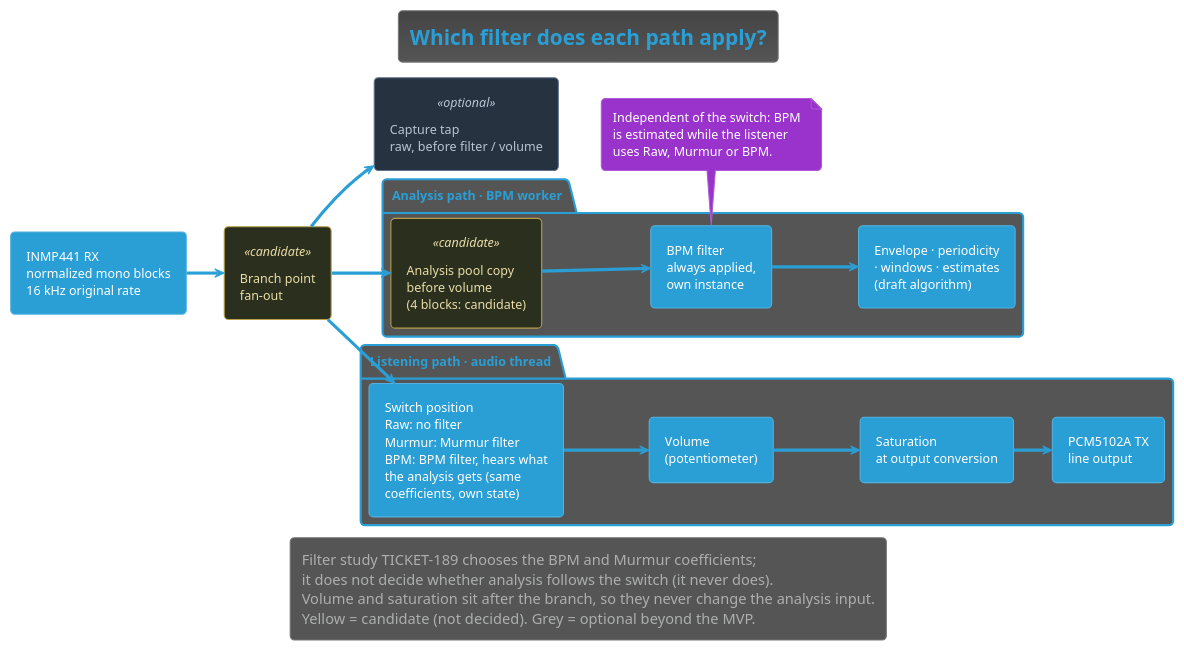
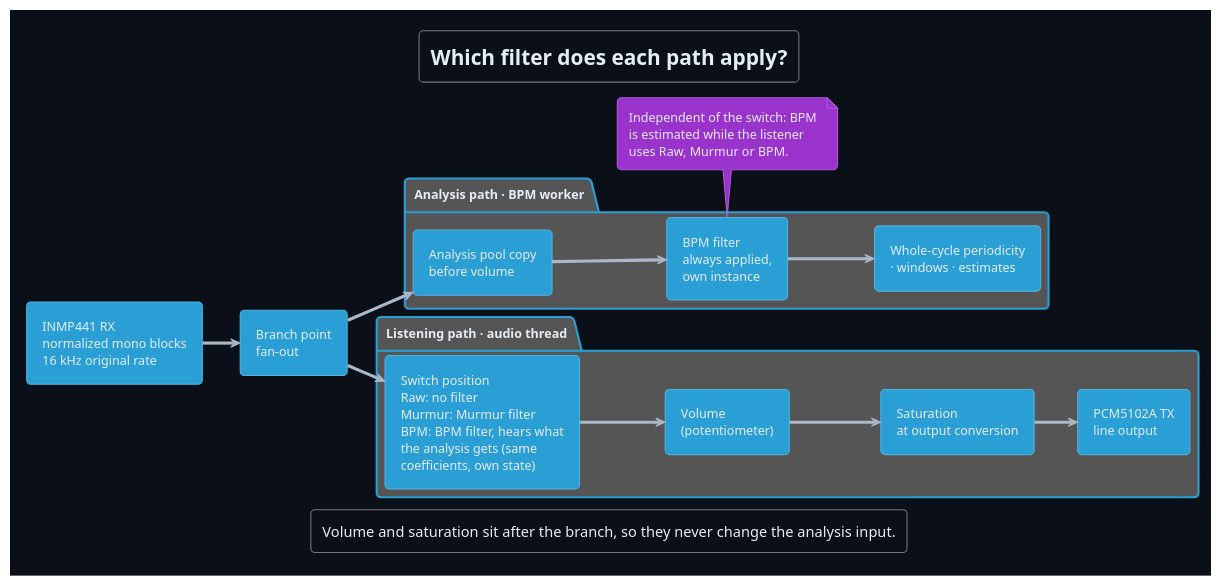
The diagram in Development/system/design/system/shared-filter-signal-flow.puml (DemonicPsychoII/DigitalStethoscope), drawn with PlantUML before and after one commit. The commit also changed 181 other files, not shown here.

First line of the commit message:
documentation: state only what is in architecture, design and code documents

```diff
--- a/Development/system/design/system/shared-filter-signal-flow.puml
+++ b/Development/system/design/system/shared-filter-signal-flow.puml
@@ -1,51 +1,41 @@
 @startuml shared_filter_signal_flow
 !theme cyborg
 !pragma layout smetana
 skinparam shadowing false
-skinparam component {
- BackgroundColor<<candidate>> #2b2f1d
- BorderColor<<candidate>> #b8a14a
- FontColor<<candidate>> #e8dca8
- BackgroundColor<<optional>> #273241
- BorderColor<<optional>> #61738a
- FontColor<<optional>> #b8c4d4
-}
+skinparam backgroundColor #0b1018
+skinparam defaultFontColor #e6edf7
+skinparam ArrowColor #a9b8ca
 skinparam componentStyle rectangle
 skinparam defaultFontName SansSerif
 title Which filter does each path apply?
 left to right direction
 component "INMP441 RX\nnormalized mono blocks\n16 kHz original rate" as source
-component "Branch point\nfan-out" as branch <<candidate>>
+component "Branch point\nfan-out" as branch
 package "Analysis path · BPM worker" {
- component "Analysis pool copy\nbefore volume\n(4 blocks: candidate)" as pool <<candidate>>
+ component "Analysis pool copy\nbefore volume" as pool
  component "BPM filter\nalways applied,\nown instance" as analysisFilter
- component "Envelope · periodicity\n· windows · estimates\n(draft algorithm)" as estimator
+ component "Whole-cycle periodicity\n· windows · estimates" as estimator
 }
 package "Listening path · audio thread" {
  component "Switch position\nRaw: no filter\nMurmur: Murmur filter\nBPM: BPM filter, hears what\nthe analysis gets (same\ncoefficients, own state)" as listeningFilter
  component "Volume\n(potentiometer)" as volume
  component "Saturation\nat output conversion" as saturation
  component "PCM5102A TX\nline output" as sink
 }
-component "Capture tap\nraw, before filter / volume" as capture <<optional>>
 source --> branch
 branch --> pool
 pool --> analysisFilter
 analysisFilter --> estimator
 branch --> listeningFilter
 listeningFilter --> volume
 volume --> saturation
 saturation --> sink
-branch --> capture
 note bottom of analysisFilter
  Independent of the switch: BPM
  is estimated while the listener
  uses Raw, Murmur or BPM.
 end note
 legend bottom
- Filter study TICKET-189 chooses the BPM and Murmur coefficients;
- it does not decide whether analysis follows the switch (it never does).
  Volume and saturation sit after the branch, so they never change the analysis input.
- Yellow = candidate (not decided). Grey = optional beyond the MVP.
 endlegend
 @enduml
```
